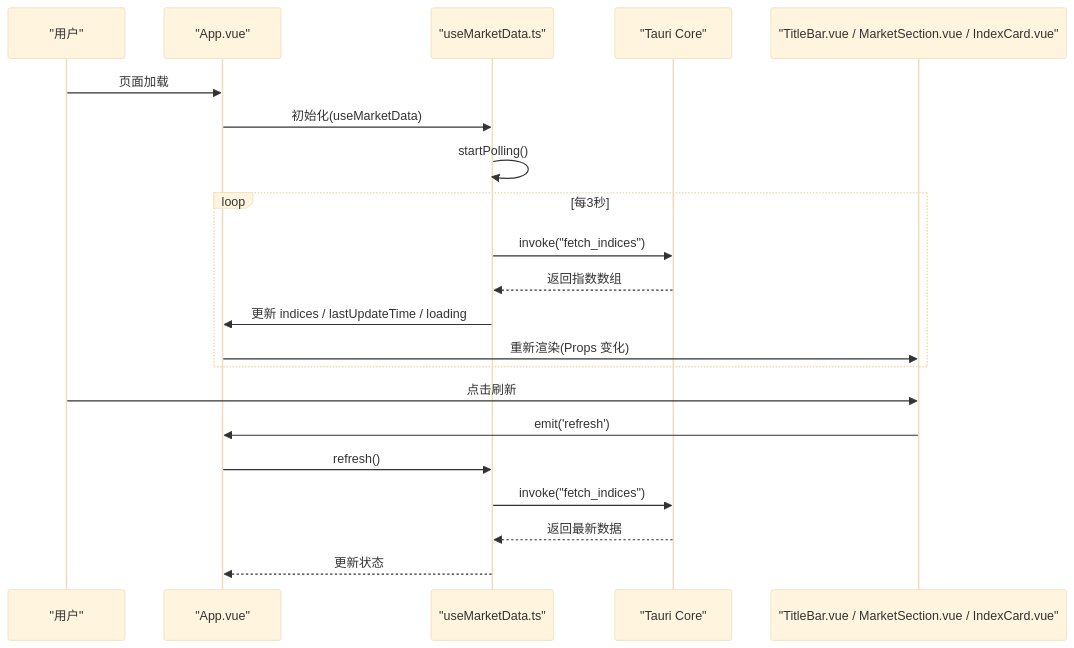
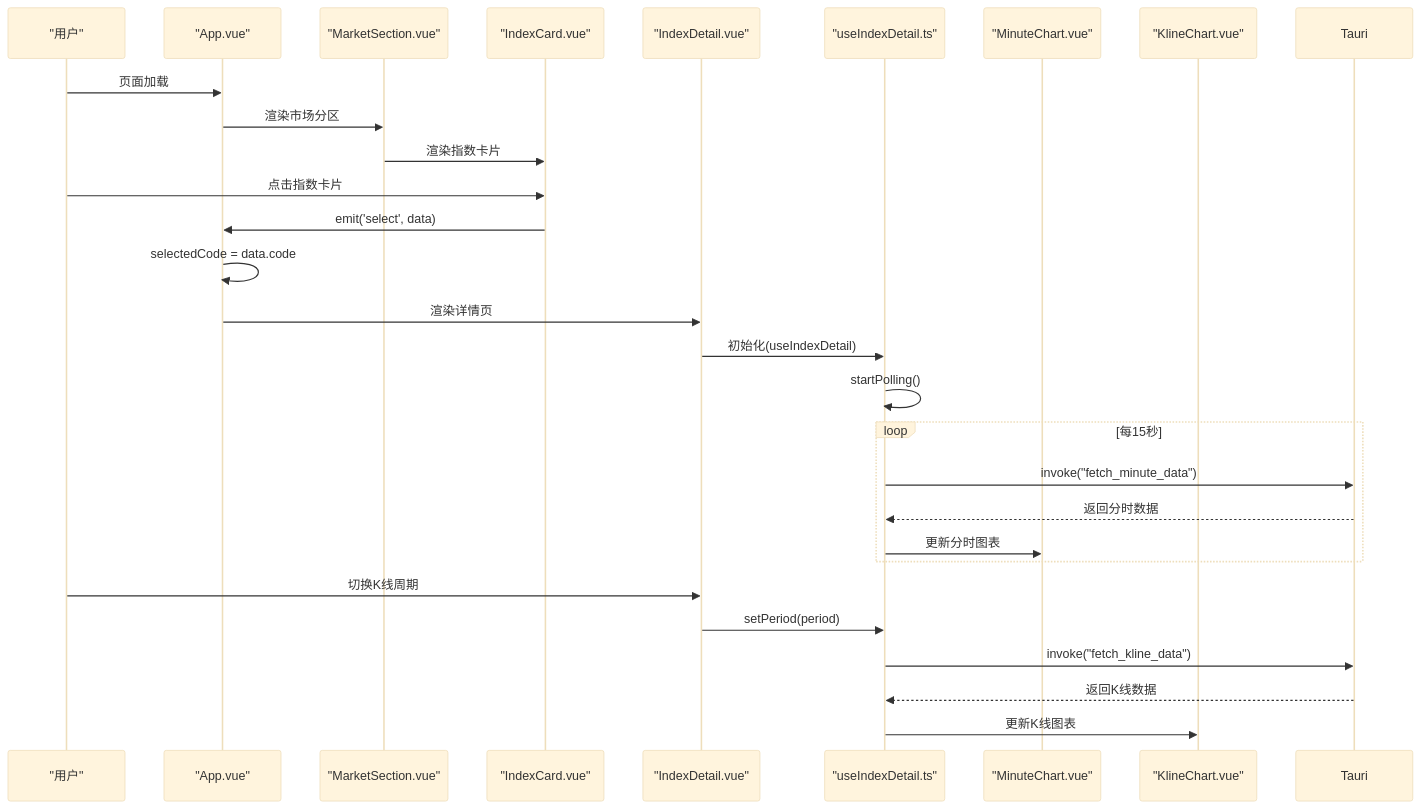
The second of 4 diagrams in .qoder/repowiki/zh/content/前端开发/组件系统/组件系统.md (jiashaoying/hq-kanban-app), drawn with Mermaid (base theme) before and after one commit. The commit also changed other lines of this file and 7 other files, not shown here.

````diff
--- a/.qoder/repowiki/zh/content/前端开发/组件系统/组件系统.md
+++ b/.qoder/repowiki/zh/content/前端开发/组件系统/组件系统.md
@@ -81,23 +113,30 @@
 ```mermaid
 sequenceDiagram
 participant U as "用户"
 participant V as "App.vue"
-participant M as "useMarketData.ts"
-participant T as "Tauri Core"
-participant UI as "TitleBar.vue / MarketSection.vue / IndexCard.vue"
+participant MS as "MarketSection.vue"
+participant IC as "IndexCard.vue"
+participant ID as "IndexDetail.vue"
+participant UID as "useIndexDetail.ts"
+participant MC as "MinuteChart.vue"
+participant KC as "KlineChart.vue"
 U->>V : 页面加载
-V->>M : 初始化(useMarketData)
-M->>M : startPolling()
-loop 每3秒
-M->>T : invoke("fetch_indices")
-T-->>M : 返回指数数组
-M->>V : 更新 indices / lastUpdateTime / loading
-V->>UI : 重新渲染(Props 变化)
+V->>MS : 渲染市场分区
+MS->>IC : 渲染指数卡片
+U->>IC : 点击指数卡片
+IC->>V : emit('select', data)
+V->>V : selectedCode = data.code
+V->>ID : 渲染详情页
+ID->>UID : 初始化(useIndexDetail)
+UID->>UID : startPolling()
+loop 每15秒
+UID->>Tauri : invoke("fetch_minute_data")
+Tauri-->>UID : 返回分时数据
+UID->>MC : 更新分时图表
 end
-U->>UI : 点击刷新
-UI->>V : emit('refresh')
-V->>M : refresh()
-M->>T : invoke("fetch_indices")
-T-->>M : 返回最新数据
-M-->>V : 更新状态
+U->>ID : 切换K线周期
+ID->>UID : setPeriod(period)
+UID->>Tauri : invoke("fetch_kline_data")
+Tauri-->>UID : 返回K线数据
+UID->>KC : 更新K线图表
 ```
````
